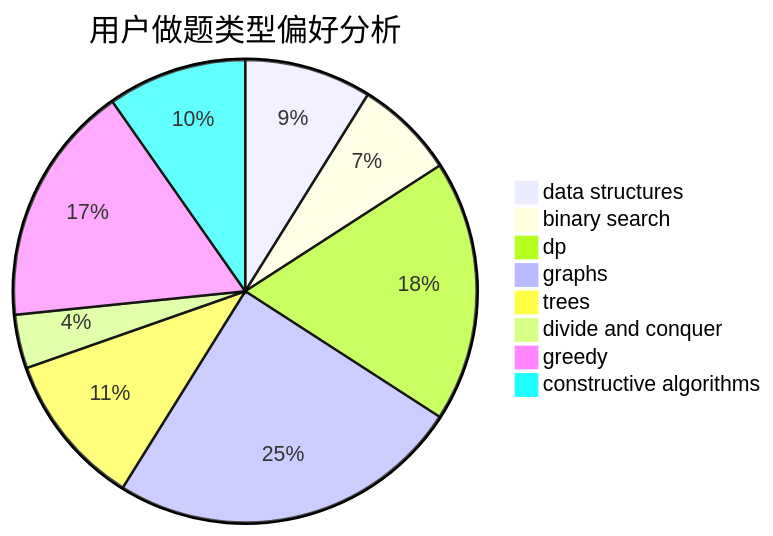
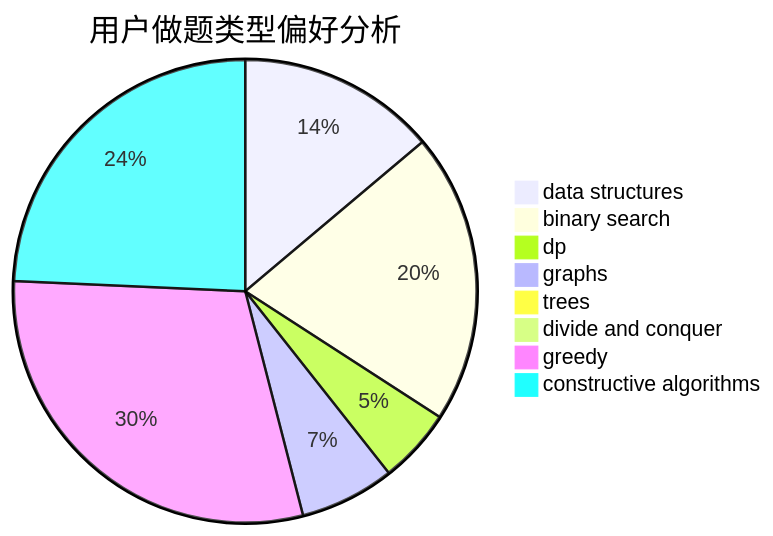
The second of 3 diagrams in docs/user/u809.md (sherpahu/cfrs.github.io), drawn with Mermaid before and after one commit. The commit also changed other lines of this file and 2770 other files, not shown here.

````diff
--- a/docs/user/u809.md
+++ b/docs/user/u809.md
@@ -23,11 +23,11 @@
 ```mermaid
 pie title 用户做题类型偏好分析
-    "data structures" :  52
-    "binary search" :  41
-    "dp" :  107
-    "graphs" :  145
-    "trees" :  63
-    "divide and conquer" :  22
-    "greedy" :  99
-    "constructive algorithms" :  57
+    "data structures" :  69
+    "binary search" :  101
+    "dp" :  26
+    "graphs" :  33
+    "trees" :  0
+    "divide and conquer" :  0
+    "greedy" :  148
+    "constructive algorithms" :  121
 ```
````
